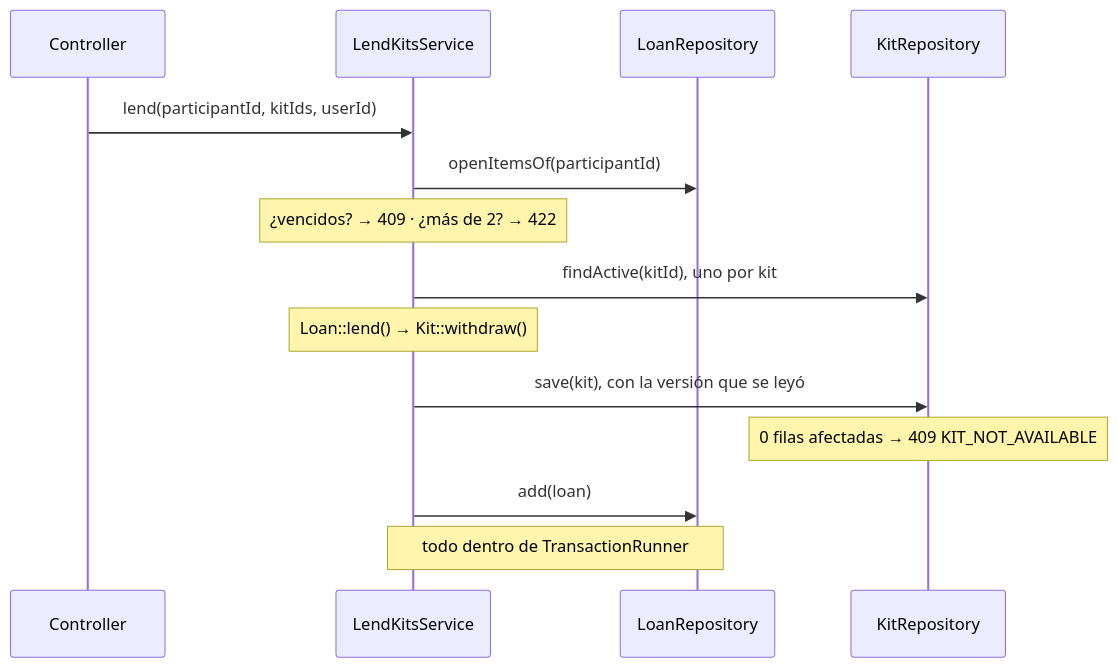
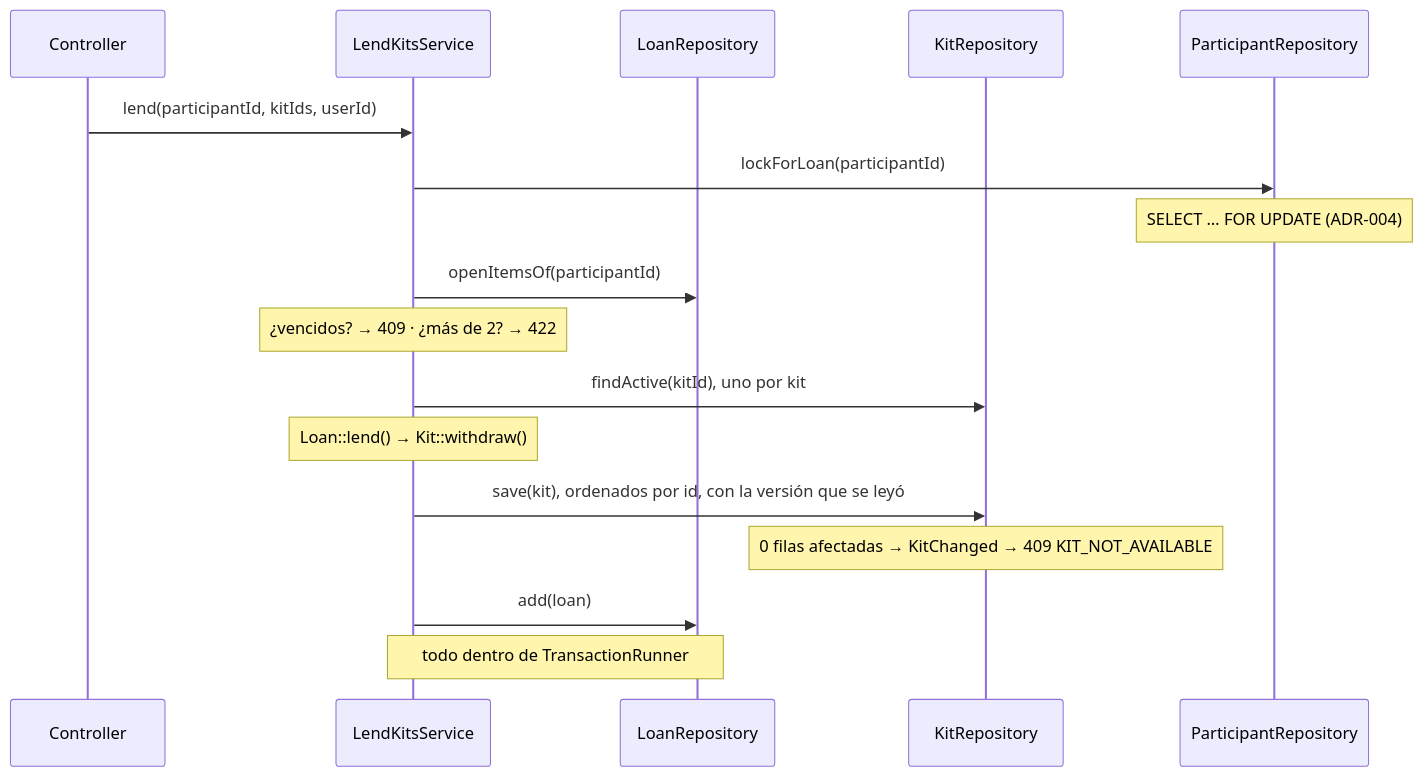
The second of 3 diagrams in 03-execute/30-week/plan-mejoramiento/docs/architecture.md (Johann-Tafur/ADSO-3239137), drawn with Mermaid before and after one commit.

Commit message:
docs: flujo de préstamo con bloqueo del participante y kits ordenados

````diff
--- a/03-execute/30-week/plan-mejoramiento/docs/architecture.md
+++ b/03-execute/30-week/plan-mejoramiento/docs/architecture.md
@@ -72,16 +72,19 @@
 ```mermaid
 sequenceDiagram
     participant C as Controller
     participant S as LendKitsService
     participant L as LoanRepository
     participant K as KitRepository
+    participant P as ParticipantRepository
     C->>S: lend(participantId, kitIds, userId)
+    S->>P: lockForLoan(participantId)
+    Note over P: SELECT … FOR UPDATE (ADR-004)
     S->>L: openItemsOf(participantId)
     Note over S: ¿vencidos? → 409 · ¿más de 2? → 422
     S->>K: findActive(kitId), uno por kit
     Note over S: Loan::lend() → Kit::withdraw()
-    S->>K: save(kit), con la versión que se leyó
-    Note over K: 0 filas afectadas → 409 KIT_NOT_AVAILABLE
+    S->>K: save(kit), ordenados por id, con la versión que se leyó
+    Note over K: 0 filas afectadas → KitChanged → 409 KIT_NOT_AVAILABLE
     S->>L: add(loan)
     Note over S,L: todo dentro de TransactionRunner
 ```
````
